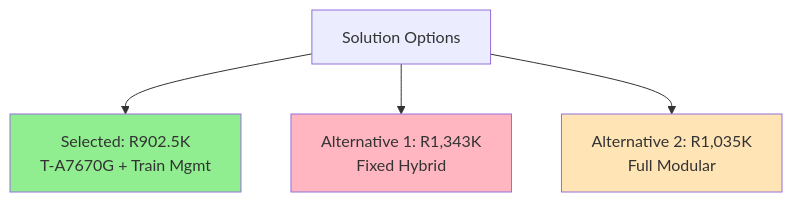
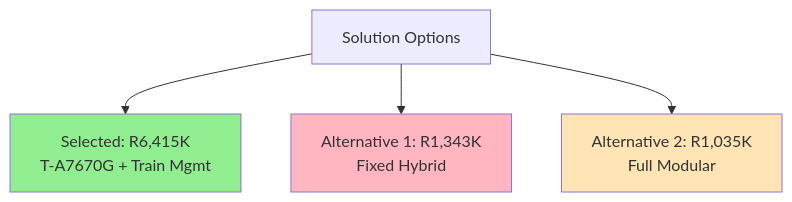
Before and after one commit to transnet-eduard-reitmann/locomotive-tracking-unit: the seventh of 9 diagrams in docs/executive-summary.md, drawn with Mermaid. The commit also changed other lines of this file and 9 other files, not shown here.

````diff
--- a/docs/executive-summary.md
+++ b/docs/executive-summary.md
@@ -218,10 +217,10 @@
 ```mermaid
 graph TD
-    A[Solution Options] --> B[Selected: R902.5K<br/>T-A7670G + Train Mgmt]
+    A[Solution Options] --> B[Selected: R6,415K<br/>T-A7670G + Train Mgmt]
     A --> C[Alternative 1: R1,343K<br/>Fixed Hybrid]
     A --> D[Alternative 2: R1,035K<br/>Full Modular]
     
     style B fill:#90EE90
     style C fill:#FFB6C1
     style D fill:#FFE4B5
 ```
````
